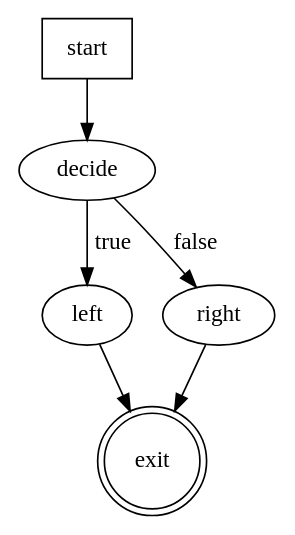
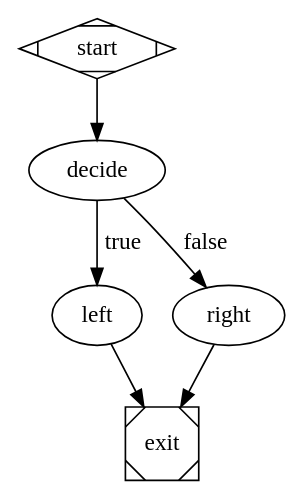
One commit to jaytaylor/attractor-tcl changed the diagram in examples/branching.dot. Above: the diagram before and after it, drawn with Graphviz. The commit also changed 11 other files, not shown here.

```diff
--- a/examples/branching.dot
+++ b/examples/branching.dot
@@ -1,12 +1,12 @@
 digraph branching {
-  start [shape=start];
-  decide [handler=conditional, condition="branch == left"];
+  start [shape=Mdiamond];
+  decide [handler=conditional, condition="branch=left"];
   left [handler=codergen, prompt="left path"];
   right [handler=codergen, prompt="right path"];
-  exit [shape=doublecircle];
+  exit [shape=Msquare];
   start -> decide;
   decide -> left [label=true, weight=2];
   decide -> right [label=false, weight=1];
   left -> exit [weight=1];
   right -> exit [weight=1];
 }
```
